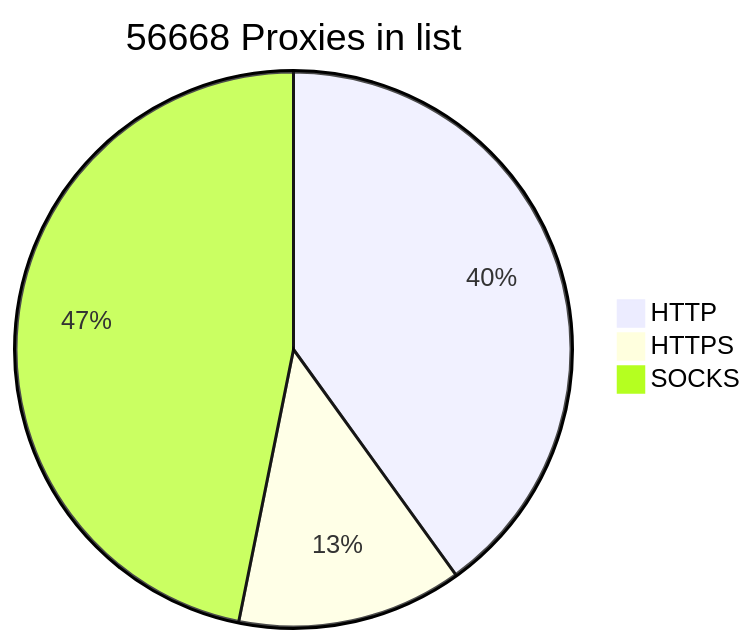
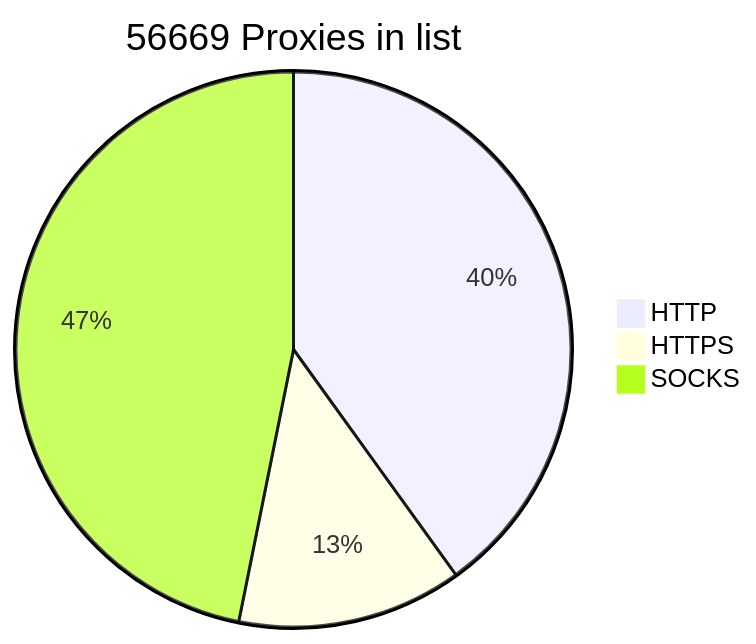
The diagram in README.md (BlackSnowDot/proxylist-update-every-minute), drawn with Mermaid before and after one commit.

````diff
--- a/README.md
+++ b/README.md
@@ -2,6 +2,6 @@
 ```mermaid
-pie title 56668 Proxies in list
+pie title 56669 Proxies in list
     "HTTP" : 25516
     "HTTPS": 8342
-    "SOCKS" : 29830
+    "SOCKS" : 29831
 ```
````
